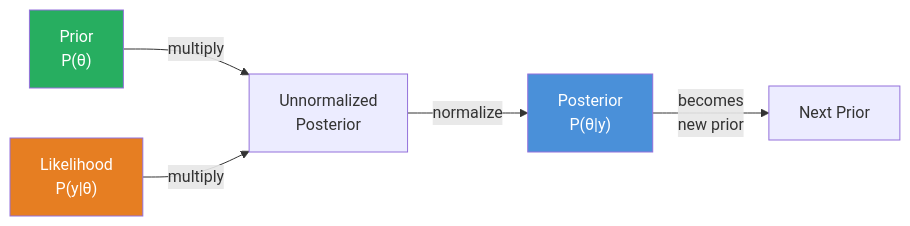
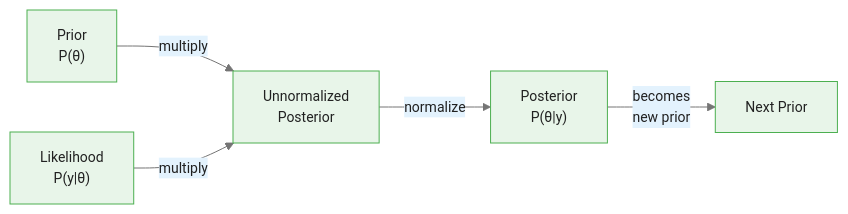
The first of 4 diagrams in courses/bayesian-commodity-forecasting/modules/module_01_bayesian_fundamentals/guides/01_bayes_theorem_slides.md (m-deane/course-creator), drawn with Mermaid before and after one commit. The commit also changed other lines of this file and 104 other files, not shown here.

````diff
--- a/courses/bayesian-commodity-forecasting/modules/module_01_bayesian_fundamentals/guides/01_bayes_theorem_slides.md
+++ b/courses/bayesian-commodity-forecasting/modules/module_01_bayesian_fundamentals/guides/01_bayes_theorem_slides.md
@@ -56,10 +68,8 @@
 ```mermaid
+%%{init: {"theme": "base", "themeVariables": {"primaryColor": "#e8f5e9", "primaryBorderColor": "#4caf50", "primaryTextColor": "#212121", "secondaryColor": "#e3f2fd", "tertiaryColor": "#fff8e1", "lineColor": "#757575", "fontFamily": "Inter, sans-serif", "fontSize": "14px"}}}%%
 flowchart LR
     P["Prior\nP(θ)"] -->|"multiply"| U["Unnormalized\nPosterior"]
     L["Likelihood\nP(y|θ)"] -->|"multiply"| U
     U -->|"normalize"| Post["Posterior\nP(θ|y)"]
     Post -->|"becomes\nnew prior"| P2["Next Prior"]
-    style P fill:#27ae60,color:#fff
-    style L fill:#e67e22,color:#fff
-    style Post fill:#4a90d9,color:#fff
 ```
````
